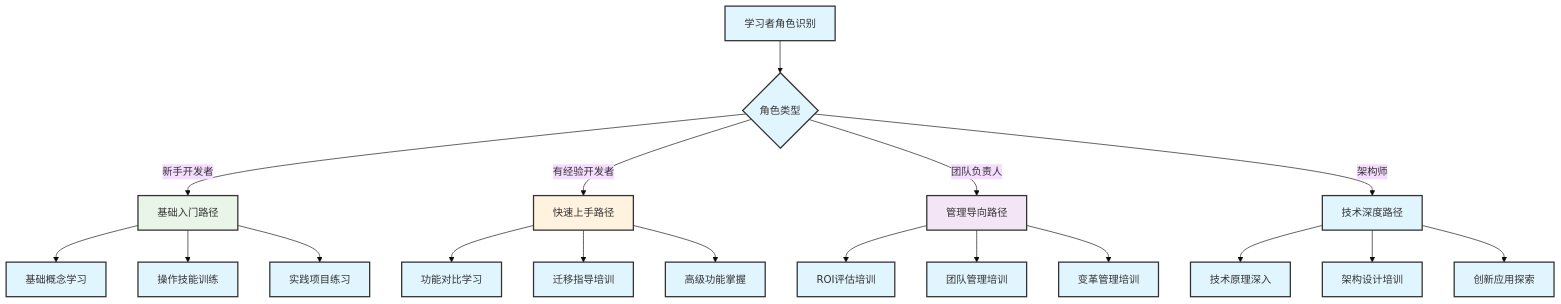
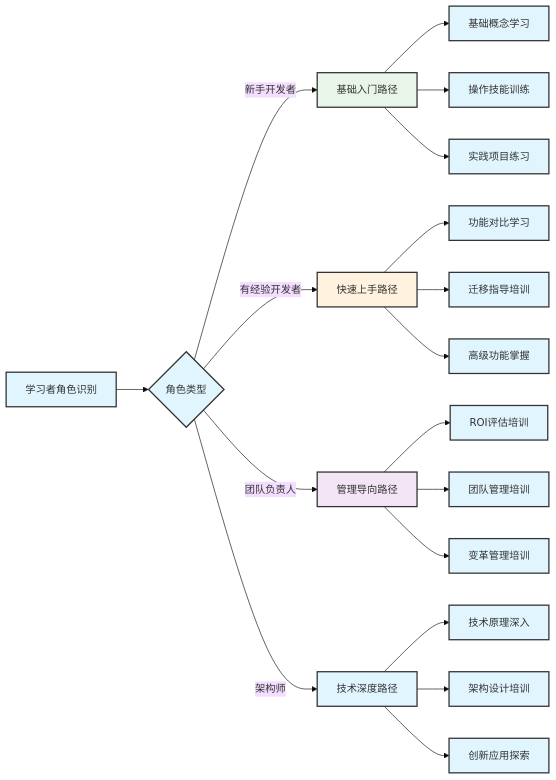
The third of 4 diagrams in docs/chapters/12-team-training-capability-building.md (Coldplay-now/ai-ide-guide-core), drawn with Mermaid (base theme) before and after one commit. The commit also changed other lines of this file and 12 other files, not shown here.

````diff
--- a/docs/chapters/12-team-training-capability-building.md
+++ b/docs/chapters/12-team-training-capability-building.md
@@ -355,30 +355,30 @@
 ```mermaid
-graph TD
+graph LR
     A[学习者角色识别] --> B{角色类型}
     B -->|新手开发者| C[基础入门路径]
     B -->|有经验开发者| D[快速上手路径]
     B -->|团队负责人| E[管理导向路径]
     B -->|架构师| F[技术深度路径]
     C --> G[基础概念学习]
     C --> H[操作技能训练]
     C --> I[实践项目练习]
     D --> J[功能对比学习]
     D --> K[迁移指导培训]
     D --> L[高级功能掌握]
     E --> M[ROI评估培训]
     E --> N[团队管理培训]
     E --> O[变革管理培训]
     F --> P[技术原理深入]
     F --> Q[架构设计培训]
     F --> R[创新应用探索]
     style A fill:#e1f5fe
     style C fill:#e8f5e8
     style D fill:#fff3e0
     style E fill:#f3e5f5
     style F fill:#e1f5fe
 %% Standard styling
 classDef default fill:#e1f5fe,stroke:#333,stroke-width:2px
 classDef highlight fill:#bbdefb,stroke:#333,stroke-width:3px
 classDef process fill:#90caf9,stroke:#333,stroke-width:2px
 classDef decision fill:#64b5f6,stroke:#333,stroke-width:2px
 ```
````
